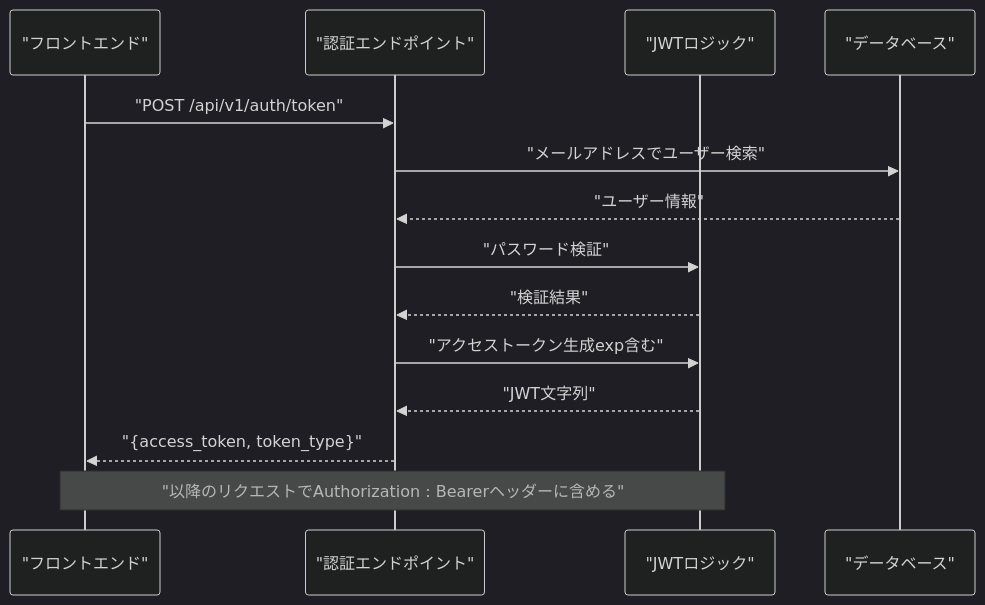
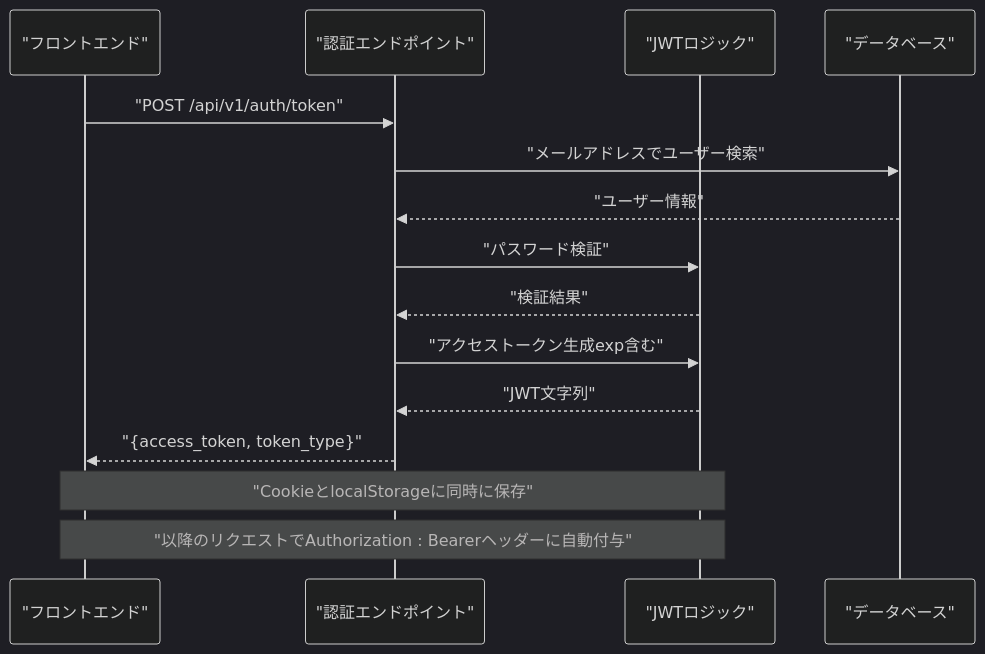
One commit to ss8806/Todos changed the second of 7 diagrams in .qoder/repowiki/ja/content/認証システム/JWTトークン管理.md. Above: the diagram before and after it, drawn with Mermaid (dark theme). The commit also changed other lines of this file and 38 other files, not shown here.

````diff
--- a/.qoder/repowiki/ja/content/認証システム/JWTトークン管理.md
+++ b/.qoder/repowiki/ja/content/認証システム/JWTトークン管理.md
@@ -121,16 +146,17 @@
 ```mermaid
 sequenceDiagram
 participant FE as "フロントエンド"
 participant AUTH as "認証エンドポイント"
 participant SEC as "JWTロジック"
 participant DB as "データベース"
 FE->>AUTH : "POST /api/v1/auth/token"
 AUTH->>DB : "メールアドレスでユーザー検索"
 DB-->>AUTH : "ユーザー情報"
 AUTH->>SEC : "パスワード検証"
 SEC-->>AUTH : "検証結果"
 AUTH->>SEC : "アクセストークン生成exp含む"
 SEC-->>AUTH : "JWT文字列"
 AUTH-->>FE : "{access_token, token_type}"
-Note over FE,SEC : "以降のリクエストでAuthorization : Bearerヘッダーに含める"
+Note over FE,SEC : "CookieとlocalStorageに同時に保存"
+Note over FE,SEC : "以降のリクエストでAuthorization : Bearerヘッダーに自動付与"
 ```
````
